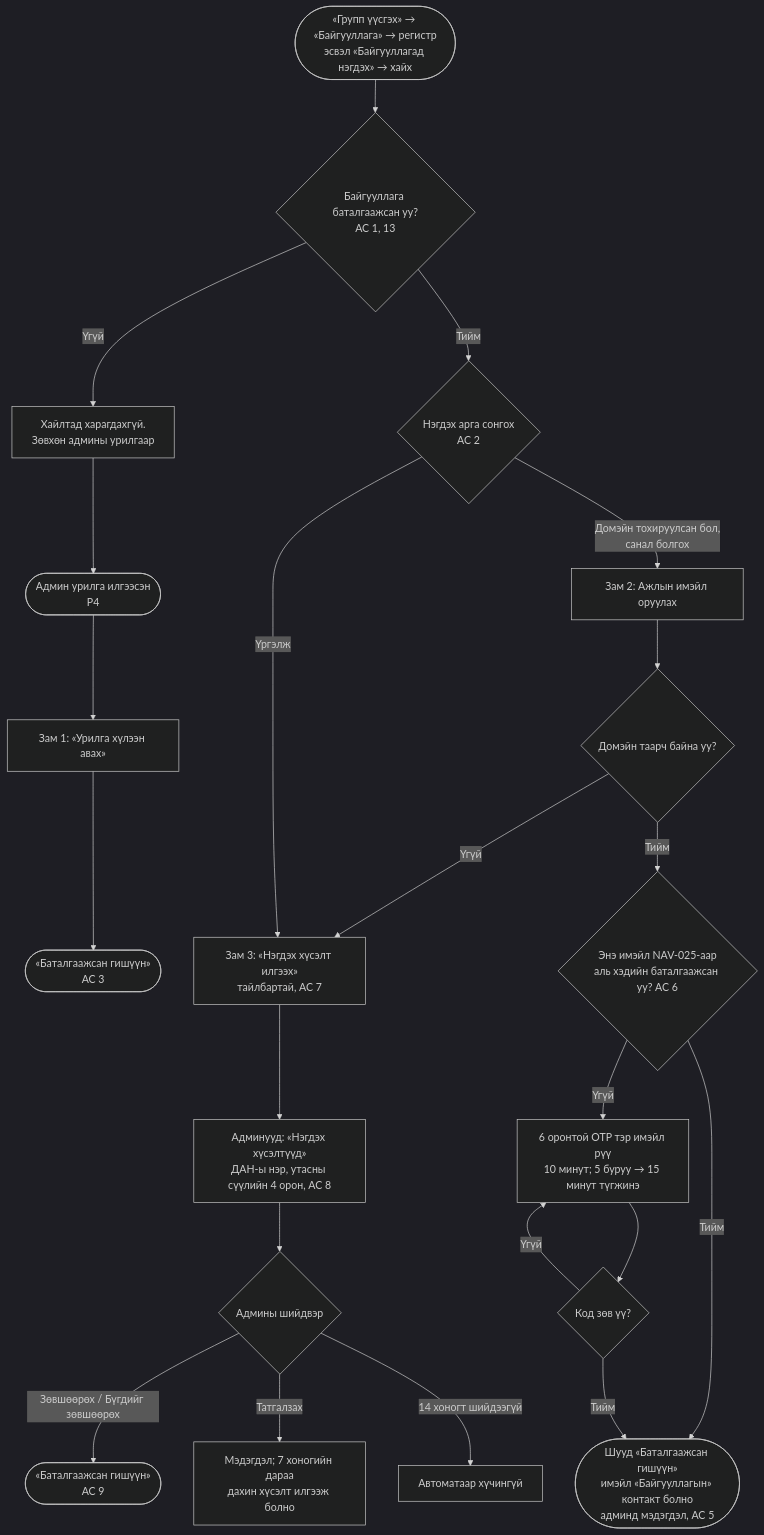
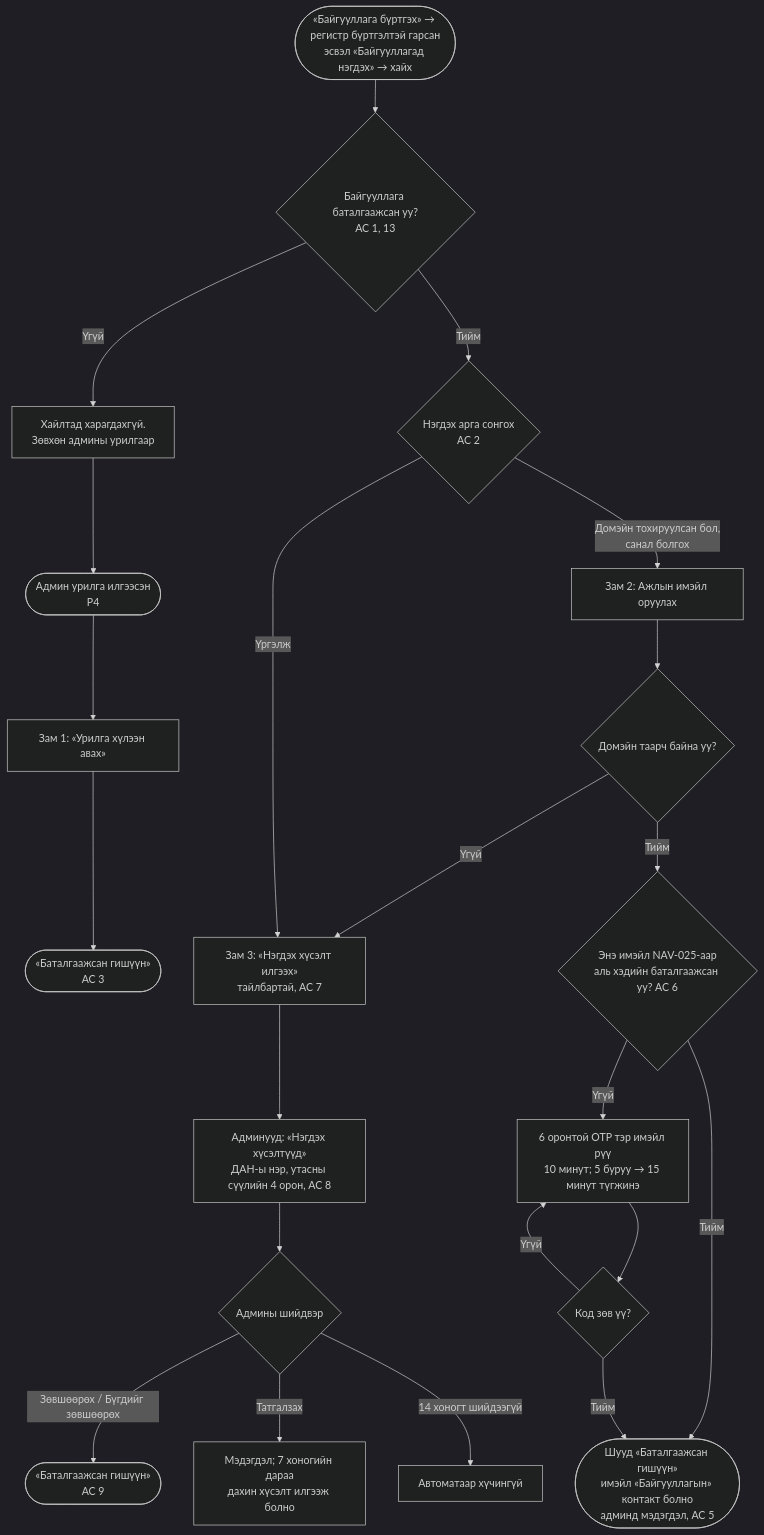
Before and after one commit to zayaennnn-arch/ID-Group: the sixth of 19 diagrams in docs/requirements/process-map-group-org-mn.md, drawn with Mermaid (dark theme). The commit also changed other lines of this file and 3 other files, not shown here.

````diff
--- a/docs/requirements/process-map-group-org-mn.md
+++ b/docs/requirements/process-map-group-org-mn.md
@@ -227,26 +254,26 @@
 ```mermaid
 flowchart TD
-    S(["«Групп үүсгэх» → «Байгууллага» → регистр<br/>эсвэл «Байгууллагад нэгдэх» → хайх"]) --> V{"Байгууллага баталгаажсан уу?<br/>AC 1, 13"}
+    S(["«Байгууллага бүртгэх» → регистр бүртгэлтэй гарсан<br/>эсвэл «Байгууллагад нэгдэх» → хайх"]) --> V{"Байгууллага баталгаажсан уу?<br/>AC 1, 13"}
     V -- "Үгүй" --> ONLY["Хайлтад харагдахгүй.<br/>Зөвхөн админы урилгаар"]
     V -- "Тийм" --> PATH{"Нэгдэх арга сонгох<br/>AC 2"}
     INV(["Админ урилга илгээсэн<br/>P4"]) --> Z1["Зам 1: «Урилга хүлээн авах»"]
     ONLY --> INV
     Z1 --> M(["«Баталгаажсан гишүүн»<br/>AC 3"])
 
     PATH -- "Домэйн тохируулсан бол,<br/>санал болгох" --> Z2["Зам 2: Ажлын имэйл оруулах"]
     Z2 --> DOM{"Домэйн таарч байна уу?"}
     DOM -- "Үгүй" --> Z3
     DOM -- "Тийм" --> ALREADY{"Энэ имэйл NAV-025-аар<br/>аль хэдийн баталгаажсан уу? AC 6"}
     ALREADY -- "Тийм" --> M2
     ALREADY -- "Үгүй" --> OTP["6 оронтой OTP тэр имэйл рүү<br/>10 минут; 5 буруу → 15 минут түгжинэ"]
     OTP --> OTPOK{"Код зөв үү?"}
     OTPOK -- "Үгүй" --> OTP
     OTPOK -- "Тийм" --> M2(["Шууд «Баталгаажсан гишүүн»<br/>имэйл «Байгууллагын» контакт болно<br/>админд мэдэгдэл, AC 5"])
 
     PATH -- "Үргэлж" --> Z3["Зам 3: «Нэгдэх хүсэлт илгээх»<br/>тайлбартай, AC 7"]
     Z3 --> ADM["Админууд: «Нэгдэх хүсэлтүүд»<br/>ДАН-ы нэр, утасны сүүлийн 4 орон, AC 8"]
     ADM --> DEC{"Админы шийдвэр"}
     DEC -- "Зөвшөөрөх / Бүгдийг зөвшөөрөх" --> M3(["«Баталгаажсан гишүүн»<br/>AC 9"])
     DEC -- "Татгалзах" --> RJ["Мэдэгдэл; 7 хоногийн дараа<br/>дахин хүсэлт илгээж болно"]
     DEC -- "14 хоногт шийдээгүй" --> EXP["Автоматаар хүчингүй"]
 ```
````
